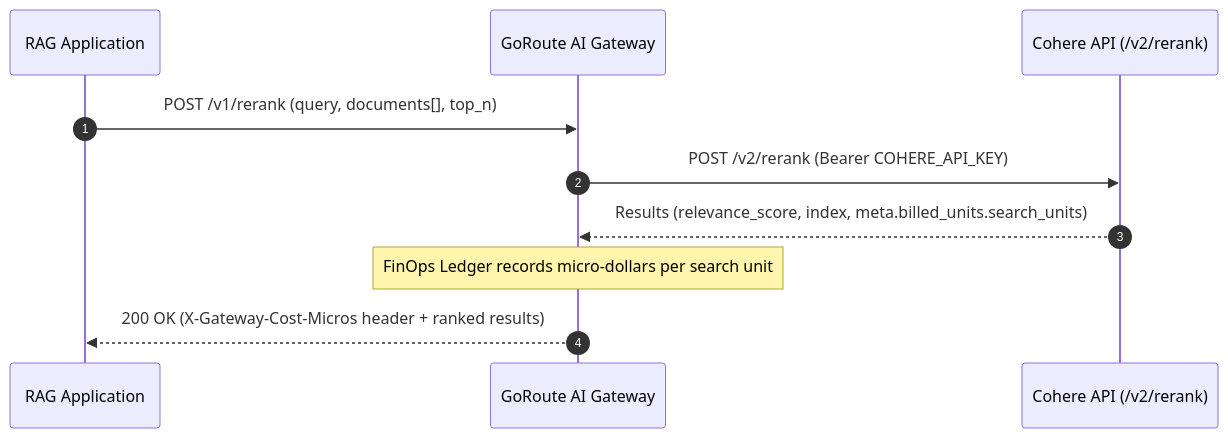
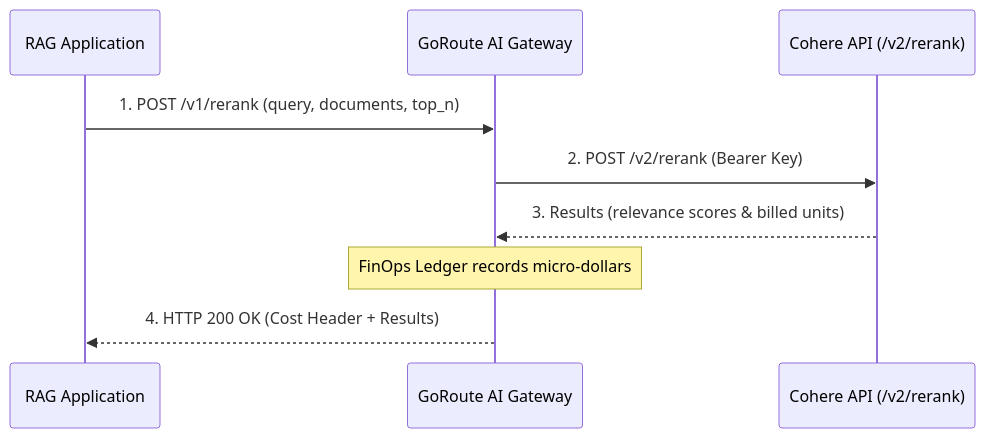
One commit to goroute-ai/goroute-ai.github.io changed the diagram in docs/providers/cohere.md. Above: the diagram before and after it, drawn with Mermaid. The commit also changed 12 other files, not shown here.

Commit message:
fix(mermaid): overhaul sequence diagrams, eliminate parser drops, and polish styling

````diff
--- a/docs/providers/cohere.md
+++ b/docs/providers/cohere.md
@@ -29,13 +29,12 @@
 ```mermaid
 sequenceDiagram
-    autonumber
     participant App as RAG Application
     participant GW as GoRoute AI Gateway
     participant Cohere as Cohere API (/v2/rerank)
 
-    App->>GW: POST /v1/rerank (query, documents[], top_n)
-    GW->>Cohere: POST /v2/rerank (Bearer COHERE_API_KEY)
-    Cohere-->>GW: Results (relevance_score, index, meta.billed_units.search_units)
-    Note over GW: FinOps Ledger records micro-dollars per search unit
-    GW-->>App: 200 OK (X-Gateway-Cost-Micros header + ranked results)
+    App->>GW: 1. POST /v1/rerank (query, documents, top_n)
+    GW->>Cohere: 2. POST /v2/rerank (Bearer Key)
+    Cohere-->>GW: 3. Results (relevance scores & billed units)
+    Note over GW: FinOps Ledger records micro-dollars
+    GW-->>App: 4. HTTP 200 OK (Cost Header + Results)
 ```
````
